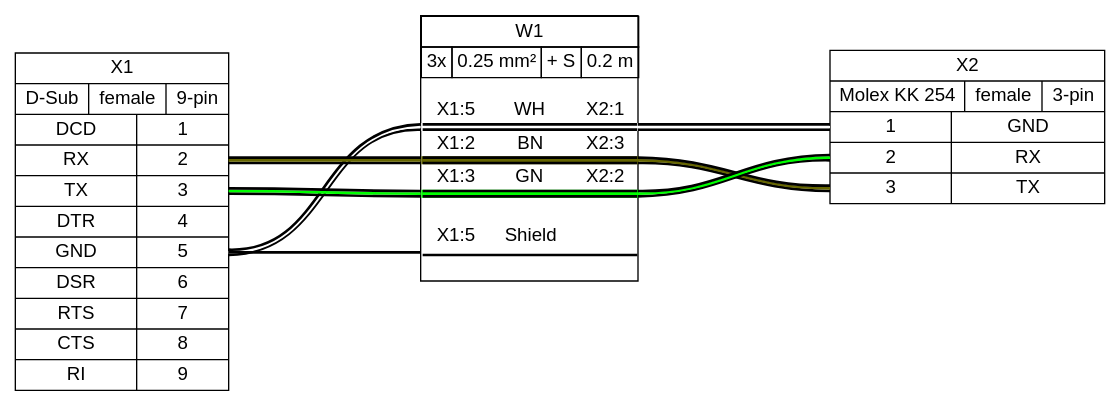
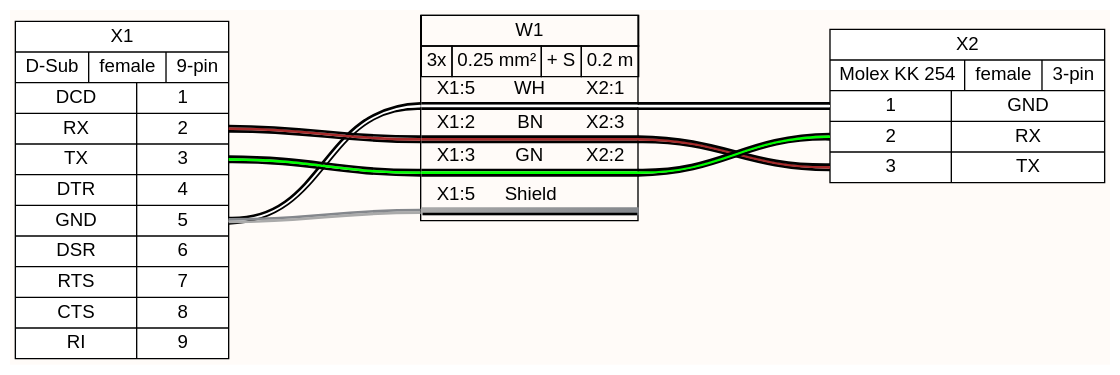
The diagram in examples/demo01.gv (wireviz/WireViz), drawn with Graphviz before and after one commit. The commit also changed 92 other files, not shown here.

```diff
--- a/examples/demo01.gv
+++ b/examples/demo01.gv
@@ -1,21 +1,21 @@
 graph {
 // Graph generated by WireViz
 // https://github.com/formatc1702/WireViz
-	graph [bgcolor=white fontname=arial nodesep=0.33 rankdir=LR ranksep=2]
+	graph [bgcolor="#fffbf8" fontname=arial nodesep=0.33 rankdir=LR ranksep=2]
 	node [fillcolor=white fontname=arial shape=record style=filled]
 	edge [fontname=arial style=bold]
 	X1 [label="X1|{D-Sub|female|9-pin}|{{DCD|RX|TX|DTR|GND|DSR|RTS|CTS|RI}|{<p1r>1|<p2r>2|<p3r>3|<p4r>4|<p5r>5|<p6r>6|<p7r>7|<p8r>8|<p9r>9}}"]
 	X2 [label="X2|{Molex KK 254|female|3-pin}|{{<p1l>1|<p2l>2|<p3l>3}|{GND|RX|TX}}"]
 	edge [color="#000000:#ffffff:#000000"]
 	X1:p5r:e -- W1:w1:w
 	W1:w1:e -- X2:p1l:w
-	edge [color="#000000:#666600:#000000"]
+	edge [color="#000000:#a52a2a:#000000"]
 	X1:p2r:e -- W1:w2:w
 	W1:w2:e -- X2:p3l:w
 	edge [color="#000000:#00ff00:#000000"]
 	X1:p3r:e -- W1:w3:w
 	W1:w3:e -- X2:p2l:w
-	edge [color="#000000"]
+	edge [color="#aaaaaa:#84878c"]
 	X1:p5r:e -- W1:ws:w
-	W1 [label=<<table border="0" cellspacing="0" cellpadding="0"><tr><td><table border="0" cellspacing="0" cellpadding="3" cellborder="1"><tr><td colspan="4">W1</td></tr><tr><td>3x</td><td>0.25 mm²</td><td>+ S</td><td>0.2 m</td></tr></table></td></tr><tr><td>&nbsp;</td></tr><tr><td><table border="0" cellspacing="0" cellborder="0"><tr><td>X1:5</td><td>WH</td><td>X2:1</td></tr><tr><td colspan="3" cellpadding="0" height="6" bgcolor="#ffffff" border="2" sides="tb" port="w1"></td></tr><tr><td>X1:2</td><td>BN</td><td>X2:3</td></tr><tr><td colspan="3" cellpadding="0" height="6" bgcolor="#666600" border="2" sides="tb" port="w2"></td></tr><tr><td>X1:3</td><td>GN</td><td>X2:2</td></tr><tr><td colspan="3" cellpadding="0" height="6" bgcolor="#00ff00" border="2" sides="tb" port="w3"></td></tr><tr><td>&nbsp;</td></tr><tr><td>X1:5</td><td>Shield</td><td><!-- s_out --></td></tr><tr><td colspan="3" cellpadding="0" height="6" border="2" sides="b" port="ws"></td></tr><tr><td>&nbsp;</td></tr></table></td></tr></table>> fillcolor=white margin=0 shape=box style=""]
+	W1 [label=<<table border="0" cellspacing="0" cellpadding="0"><tr><td><table border="0" cellspacing="0" cellpadding="3" cellborder="1"><tr><td colspan="4">W1</td></tr><tr><td>3x</td><td>0.25 mm²</td><td>+ S</td><td>0.2 m</td></tr></table></td></tr><tr><td></td></tr><tr><td><table border="0" cellspacing="0" cellborder="0"><tr><td>X1:5</td><td>WH</td><td>X2:1</td></tr><tr><td colspan="3" border="0" cellspacing="0" cellpadding="0" port="w1" height="6"><table cellspacing="0" cellborder="0" border = "0"><tr><td colspan="3" cellpadding="0" height="2" bgcolor="#000000" border="0"></td></tr><tr><td colspan="3" cellpadding="0" height="2" bgcolor="#ffffff" border="0"></td></tr><tr><td colspan="3" cellpadding="0" height="2" bgcolor="#000000" border="0"></td></tr></table></td></tr><tr><td>X1:2</td><td>BN</td><td>X2:3</td></tr><tr><td colspan="3" border="0" cellspacing="0" cellpadding="0" port="w2" height="6"><table cellspacing="0" cellborder="0" border = "0"><tr><td colspan="3" cellpadding="0" height="2" bgcolor="#000000" border="0"></td></tr><tr><td colspan="3" cellpadding="0" height="2" bgcolor="#a52a2a" border="0"></td></tr><tr><td colspan="3" cellpadding="0" height="2" bgcolor="#000000" border="0"></td></tr></table></td></tr><tr><td>X1:3</td><td>GN</td><td>X2:2</td></tr><tr><td colspan="3" border="0" cellspacing="0" cellpadding="0" port="w3" height="6"><table cellspacing="0" cellborder="0" border = "0"><tr><td colspan="3" cellpadding="0" height="2" bgcolor="#000000" border="0"></td></tr><tr><td colspan="3" cellpadding="0" height="2" bgcolor="#00ff00" border="0"></td></tr><tr><td colspan="3" cellpadding="0" height="2" bgcolor="#000000" border="0"></td></tr></table></td></tr><tr><td></td></tr><tr><td>X1:5</td><td>Shield</td><td><!-- s_out --></td></tr><tr><td colspan="3" cellpadding="0" bgcolor="#aaaaaa:#84878c" height="6" border="2" sides="b" port="ws"></td></tr><tr><td></td></tr></table></td></tr></table>> fillcolor=white margin=0 shape=box style=""]
 }
```
